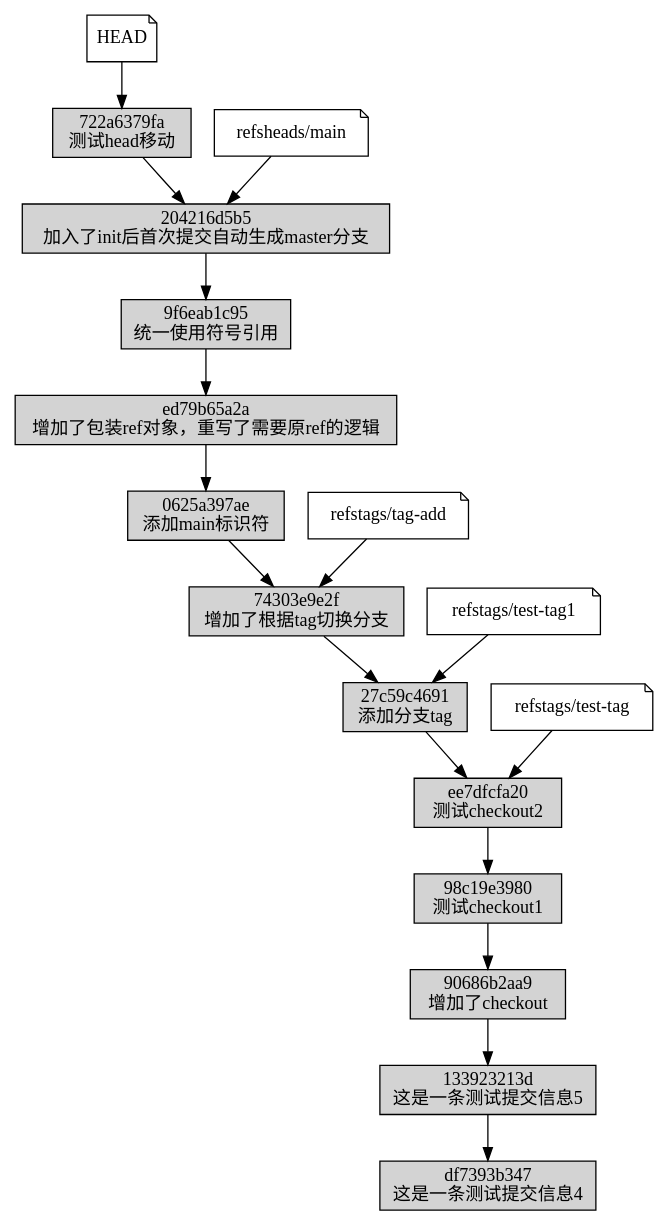
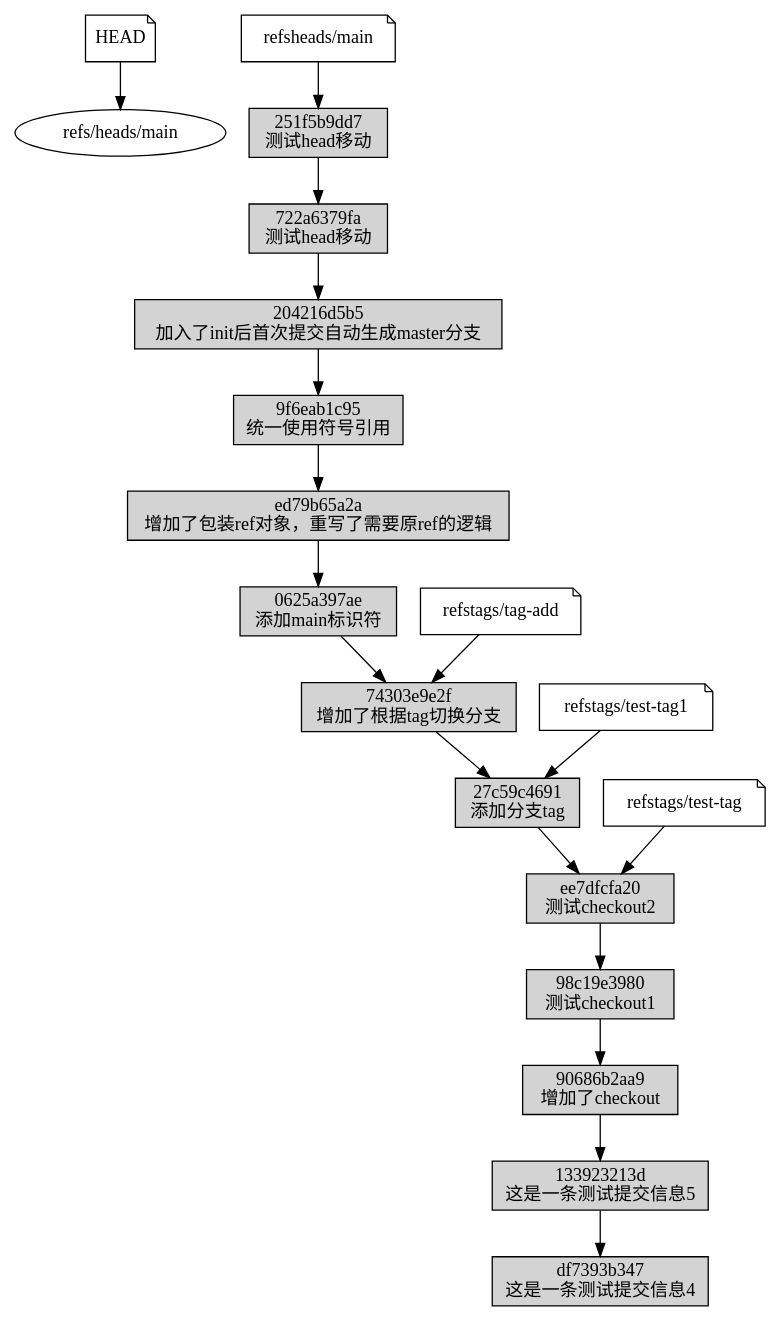
The diagram in graph.dot (ZLaoShi/ugit), drawn with Graphviz before and after one commit. The commit also changed 588 other files, not shown here.

```diff
--- a/graph.dot
+++ b/graph.dot
@@ -1,50 +1,53 @@
 digraph commits {
     graph [fontname="Microsoft YaHei"];
     node [fontname="Microsoft YaHei"];
     edge [fontname="Microsoft YaHei"];
 "HEAD" [shape=note]
-"HEAD" -> "722a6379fa9a878d13361c9f6940bbd71c73e8e3"
+"HEAD" -> "refs/heads/main"
 "refs\heads/main" [shape=note]
-"refs\heads/main" -> "204216d5b54da24a706520c9e1f16d5590360a94"
+"refs\heads/main" -> "251f5b9dd792eac2a49fc105e75d33cdd5a8bac3"
 "refs\tags/tag-add" [shape=note]
 "refs\tags/tag-add" -> "74303e9e2f50ee066a7eae99e1e4a0fbecca150a"
 "refs\tags/test-tag" [shape=note]
 "refs\tags/test-tag" -> "ee7dfcfa2006967df7b4d5b1092cb46d33919e38"
 "refs\tags/test-tag1" [shape=note]
 "refs\tags/test-tag1" -> "27c59c4691cce27beedad6747191a58f078ec5e6"
+"251f5b9dd792eac2a49fc105e75d33cdd5a8bac3" [shape=box style=filled label="251f5b9dd7
+测试head移动"]
+"251f5b9dd792eac2a49fc105e75d33cdd5a8bac3" -> "722a6379fa9a878d13361c9f6940bbd71c73e8e3"
+"722a6379fa9a878d13361c9f6940bbd71c73e8e3" [shape=box style=filled label="722a6379fa
+测试head移动"]
+"722a6379fa9a878d13361c9f6940bbd71c73e8e3" -> "204216d5b54da24a706520c9e1f16d5590360a94"
 "204216d5b54da24a706520c9e1f16d5590360a94" [shape=box style=filled label="204216d5b5
 加入了init后首次提交自动生成master分支"]
 "204216d5b54da24a706520c9e1f16d5590360a94" -> "9f6eab1c952b2c271ef907528e1022d09c3804c7"
 "9f6eab1c952b2c271ef907528e1022d09c3804c7" [shape=box style=filled label="9f6eab1c95
 统一使用符号引用"]
 "9f6eab1c952b2c271ef907528e1022d09c3804c7" -> "ed79b65a2a7f735639fffa090b74803dd0ff0155"
 "ed79b65a2a7f735639fffa090b74803dd0ff0155" [shape=box style=filled label="ed79b65a2a
 增加了包装ref对象，重写了需要原ref的逻辑"]
 "ed79b65a2a7f735639fffa090b74803dd0ff0155" -> "0625a397aeefc117401a402b3848126f5710cd24"
 "0625a397aeefc117401a402b3848126f5710cd24" [shape=box style=filled label="0625a397ae
 添加main标识符"]
 "0625a397aeefc117401a402b3848126f5710cd24" -> "74303e9e2f50ee066a7eae99e1e4a0fbecca150a"
 "74303e9e2f50ee066a7eae99e1e4a0fbecca150a" [shape=box style=filled label="74303e9e2f
 增加了根据tag切换分支"]
 "74303e9e2f50ee066a7eae99e1e4a0fbecca150a" -> "27c59c4691cce27beedad6747191a58f078ec5e6"
 "27c59c4691cce27beedad6747191a58f078ec5e6" [shape=box style=filled label="27c59c4691
 添加分支tag"]
 "27c59c4691cce27beedad6747191a58f078ec5e6" -> "ee7dfcfa2006967df7b4d5b1092cb46d33919e38"
 "ee7dfcfa2006967df7b4d5b1092cb46d33919e38" [shape=box style=filled label="ee7dfcfa20
 测试checkout2"]
 "ee7dfcfa2006967df7b4d5b1092cb46d33919e38" -> "98c19e3980ec0b493b19f1af87f028c25fd93b3a"
 "98c19e3980ec0b493b19f1af87f028c25fd93b3a" [shape=box style=filled label="98c19e3980
 测试checkout1"]
 "98c19e3980ec0b493b19f1af87f028c25fd93b3a" -> "90686b2aa9b6d5c972ab09086dcf1bc644370ccd"
 "90686b2aa9b6d5c972ab09086dcf1bc644370ccd" [shape=box style=filled label="90686b2aa9
 增加了checkout"]
 "90686b2aa9b6d5c972ab09086dcf1bc644370ccd" -> "133923213dbc50e0476aceadfc15823d6cc1a431"
 "133923213dbc50e0476aceadfc15823d6cc1a431" [shape=box style=filled label="133923213d
 这是一条测试提交信息5"]
 "133923213dbc50e0476aceadfc15823d6cc1a431" -> "df7393b3474aa723efaaf39c94f7304057dbeca6"
 "df7393b3474aa723efaaf39c94f7304057dbeca6" [shape=box style=filled label="df7393b347
 这是一条测试提交信息4"]
-"722a6379fa9a878d13361c9f6940bbd71c73e8e3" [shape=box style=filled label="722a6379fa
-测试head移动"]
-"722a6379fa9a878d13361c9f6940bbd71c73e8e3" -> "204216d5b54da24a706520c9e1f16d5590360a94"
 }
```
